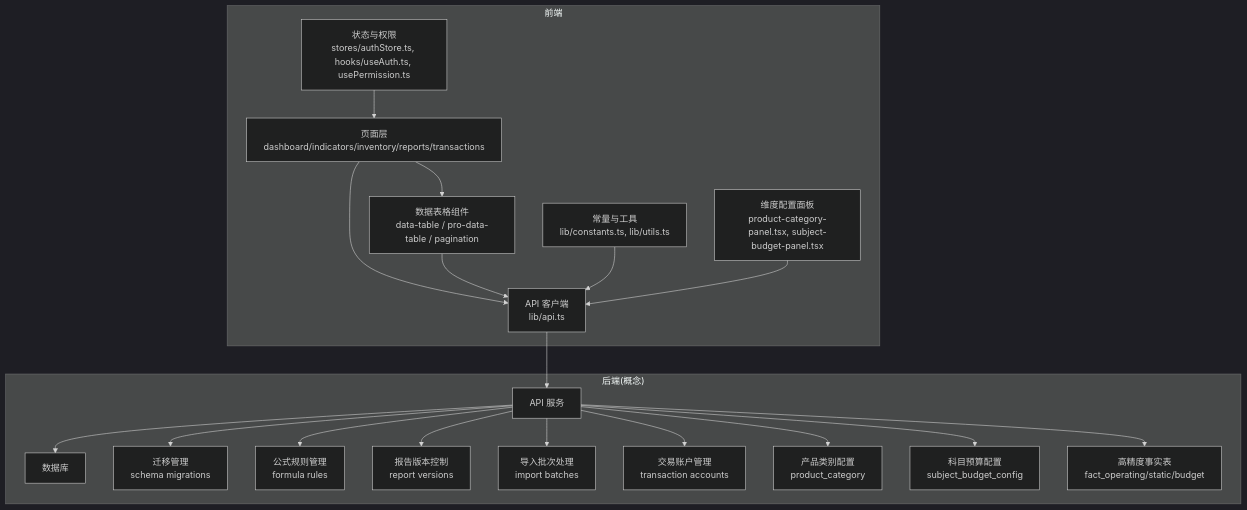
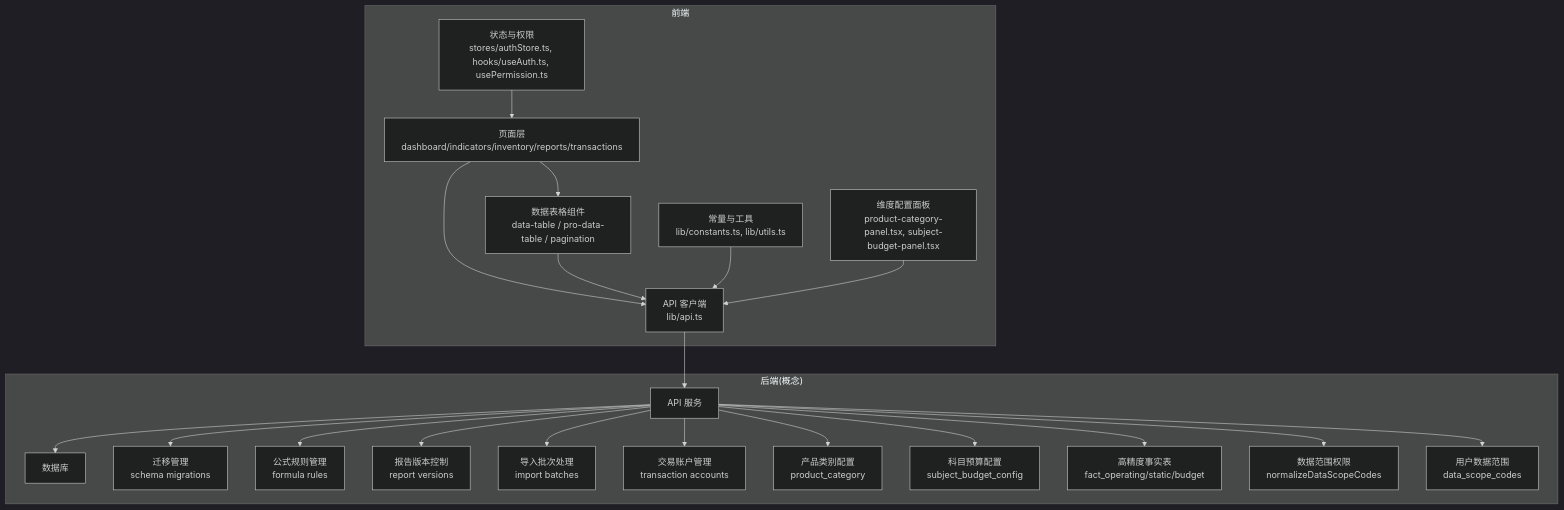
The first of 13 diagrams in .qoder/repowiki/zh/content/架构设计/数据库架构设计.md (Damao997/newproject), drawn with Mermaid (dark theme) before and after one commit. The commit also changed other lines of this file and 62 other files, not shown here.

````diff
--- a/.qoder/repowiki/zh/content/架构设计/数据库架构设计.md
+++ b/.qoder/repowiki/zh/content/架构设计/数据库架构设计.md
@@ -57,39 +59,43 @@
 ```mermaid
 graph TB
 subgraph "前端"
 A["页面层<br/>dashboard/indicators/inventory/reports/transactions"]
 B["数据表格组件<br/>data-table / pro-data-table / pagination"]
 C["API 客户端<br/>lib/api.ts"]
 D["状态与权限<br/>stores/authStore.ts, hooks/useAuth.ts, usePermission.ts"]
 E["常量与工具<br/>lib/constants.ts, lib/utils.ts"]
 F["维度配置面板<br/>product-category-panel.tsx, subject-budget-panel.tsx"]
 end
 subgraph "后端(概念)"
 G["API 服务"]
 H["数据库"]
 I["迁移管理<br/>schema migrations"]
 J["公式规则管理<br/>formula rules"]
 K["报告版本控制<br/>report versions"]
 L["导入批次处理<br/>import batches"]
 M["交易账户管理<br/>transaction accounts"]
 N["产品类别配置<br/>product_category"]
 O["科目预算配置<br/>subject_budget_config"]
 P["高精度事实表<br/>fact_operating/static/budget"]
+Q["数据范围权限<br/>normalizeDataScopeCodes"]
+R["用户数据范围<br/>data_scope_codes"]
 end
 A --> B
 A --> C
 B --> C
 C --> G
 G --> H
 G --> I
 G --> J
 G --> K
 G --> L
 G --> M
 G --> N
 G --> O
 G --> P
+G --> Q
+G --> R
 D --> A
 E --> C
 F --> C
 ```
````
